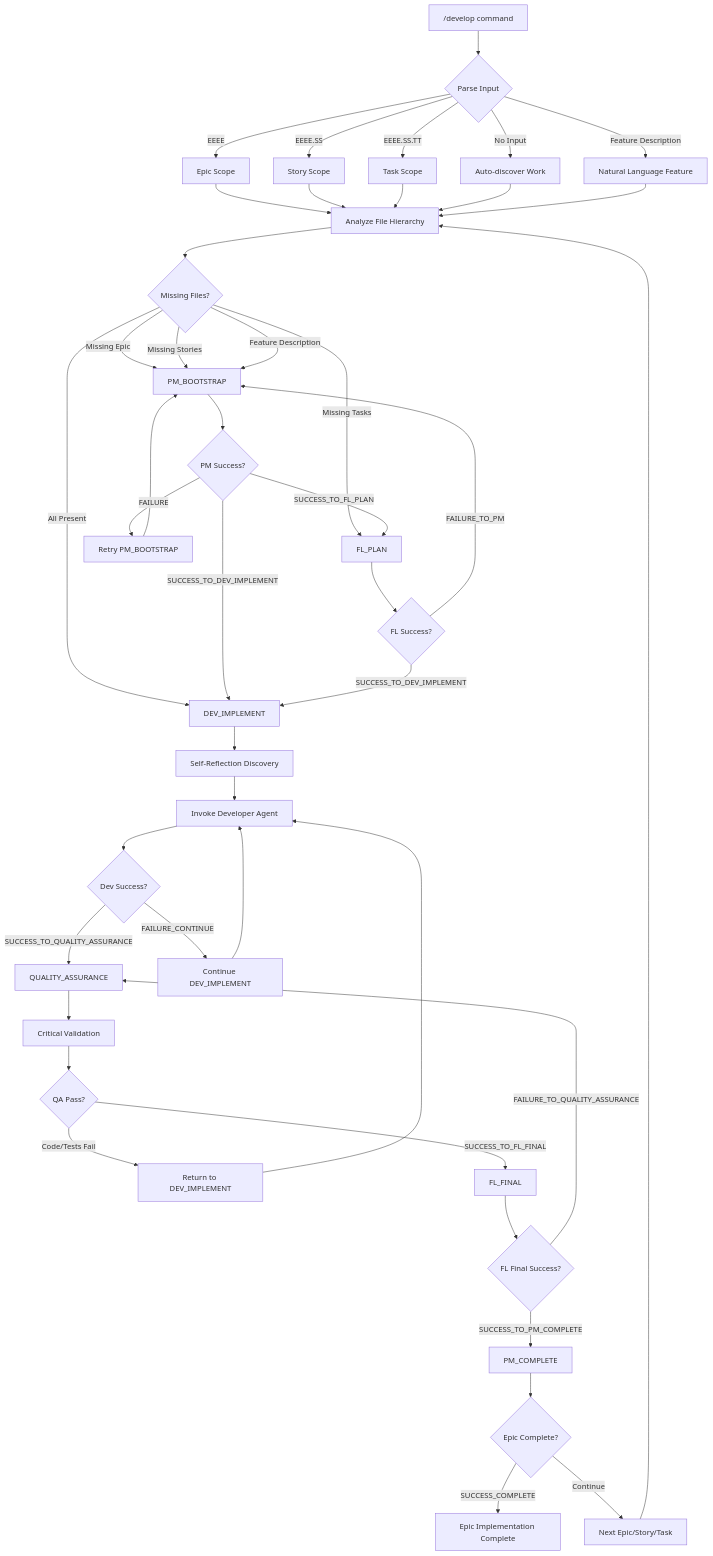
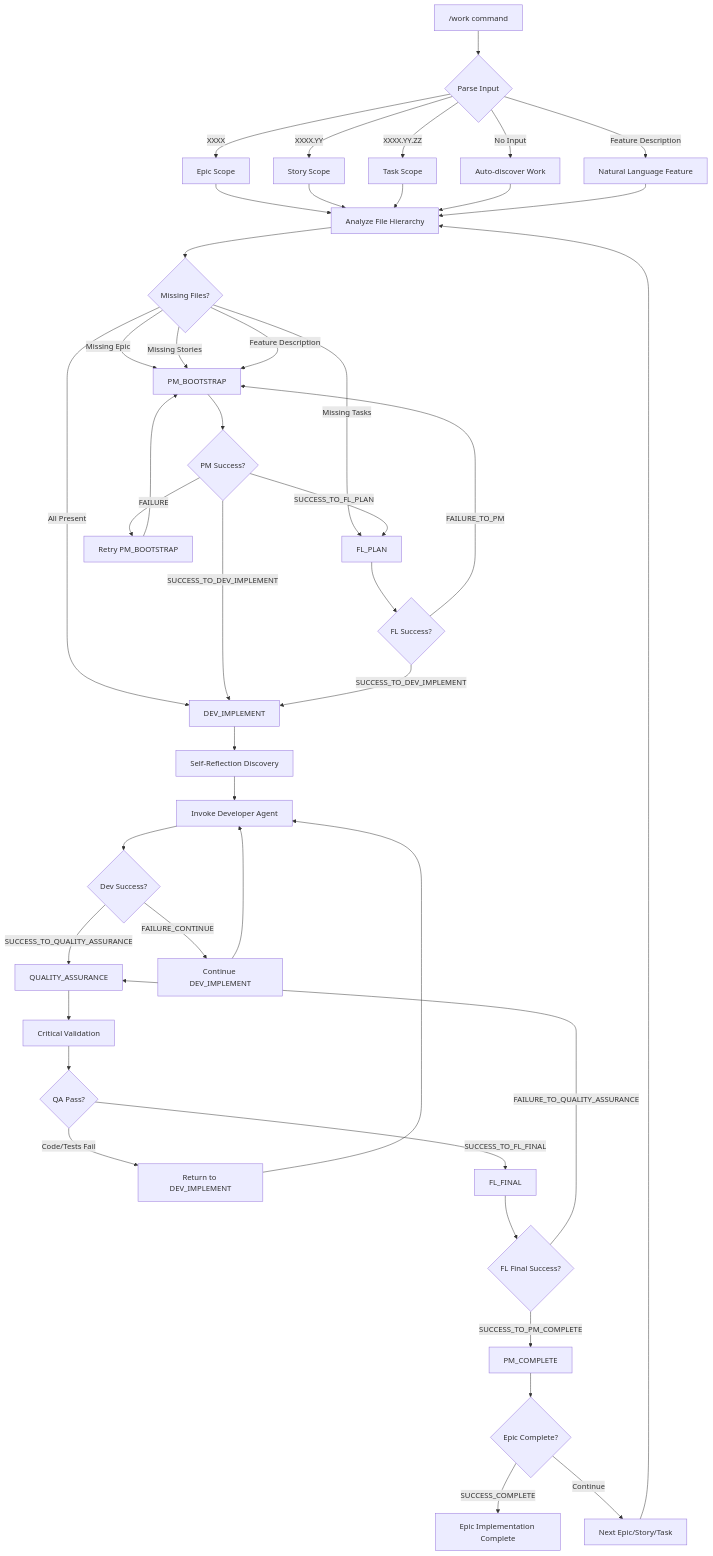
Before and after one commit to suxxes/resin.ai: the first of 4 diagrams in README.md, drawn with Mermaid. The commit also changed other lines of this file and 129 other files, not shown here.

````diff
--- a/README.md
+++ b/README.md
@@ -69,54 +83,54 @@
 ```mermaid
 flowchart TD
-    A["/develop command"] --> B{Parse Input}
-    B -->|EEEE| C[Epic Scope]
-    B -->|EEEE.SS| D[Story Scope]
-    B -->|EEEE.SS.TT| E[Task Scope]
+    A["/work command"] --> B{Parse Input}
+    B -->|XXXX| C[Epic Scope]
+    B -->|XXXX.YY| D[Story Scope]
+    B -->|XXXX.YY.ZZ| E[Task Scope]
     B -->|No Input| F[Auto-discover Work]
     B -->|Feature Description| G[Natural Language Feature]
 
     C --> H[Analyze File Hierarchy]
     D --> H
     E --> H
     F --> H
     G --> H
 
     H --> I{Missing Files?}
     I -->|Missing Epic| J[PM_BOOTSTRAP]
     I -->|Missing Stories| J
     I -->|Missing Tasks| K[FL_PLAN]
     I -->|Feature Description| J
     I -->|All Present| L[DEV_IMPLEMENT]
 
     J --> M{PM Success?}
     M -->|SUCCESS_TO_FL_PLAN| K
     M -->|SUCCESS_TO_DEV_IMPLEMENT| L
     M -->|FAILURE| N[Retry PM_BOOTSTRAP]
     N --> J
 
     K --> O{FL Success?}
     O -->|SUCCESS_TO_DEV_IMPLEMENT| L
     O -->|FAILURE_TO_PM| J
 
     L --> P[Self-Reflection Discovery]
     P --> Q[Invoke Developer Agent]
     Q --> R{Dev Success?}
     R -->|SUCCESS_TO_QUALITY_ASSURANCE| S[QUALITY_ASSURANCE]
     R -->|FAILURE_CONTINUE| T[Continue DEV_IMPLEMENT]
     T --> Q
 
     S --> U[Critical Validation]
     U --> V{QA Pass?}
     V -->|Code/Tests Fail| W[Return to DEV_IMPLEMENT]
     W --> Q
     V -->|SUCCESS_TO_FL_FINAL| X[FL_FINAL]
 
     X --> Y{FL Final Success?}
     Y -->|SUCCESS_TO_PM_COMPLETE| Z[PM_COMPLETE]
     Y -->|FAILURE_TO_QUALITY_ASSURANCE| S
 
     Z --> AA{Epic Complete?}
     AA -->|SUCCESS_COMPLETE| BB[Epic Implementation Complete]
     AA -->|Continue| CC[Next Epic/Story/Task]
     CC --> H
 ```
````
